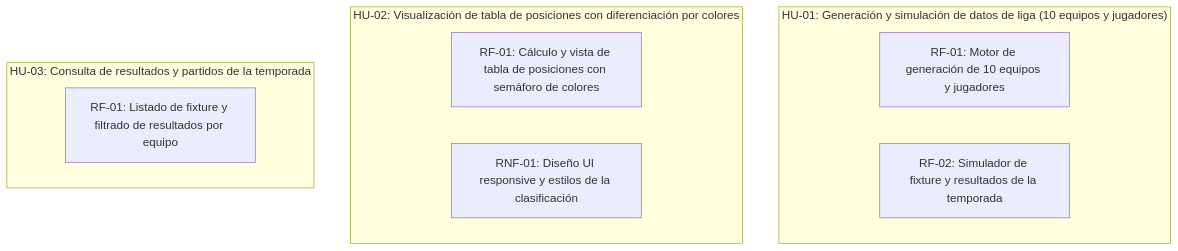
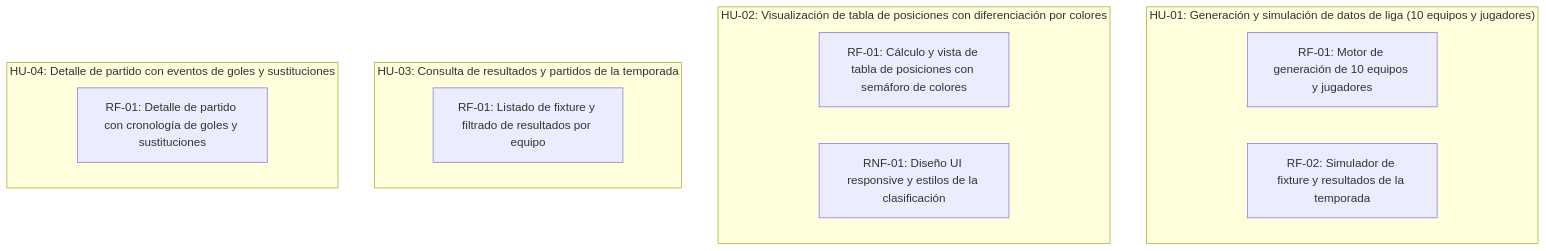
Before and after one commit to Agustin-PerezR/pruebas: the diagram in scrumDocs/grafo.md, drawn with Mermaid. The commit also changed other lines of this file, not shown here.

Commit message:
Auto-publish: actualiza scrumDocs/grafo.md

````diff
--- a/scrumDocs/grafo.md
+++ b/scrumDocs/grafo.md
@@ -5,14 +5,17 @@
 ```mermaid
 graph TD
   subgraph US_1789500774004["HU-01: Generación y simulación de datos de liga (10 equipos y jugadores)"]
     REQ_1789501307396["RF-01: Motor de generación de 10 equipos y jugadores"]
     REQ_1789501323521["RF-02: Simulador de fixture y resultados de la temporada"]
   end
   subgraph US_1789500801469["HU-02: Visualización de tabla de posiciones con diferenciación por colores"]
     REQ_1789501339015["RF-01: Cálculo y vista de tabla de posiciones con semáforo de colores"]
     REQ_1789501354292["RNF-01: Diseño UI responsive y estilos de la clasificación"]
   end
   subgraph US_1789500818362["HU-03: Consulta de resultados y partidos de la temporada"]
     REQ_1789501384835["RF-01: Listado de fixture y filtrado de resultados por equipo"]
   end
+  subgraph US_1789500834077["HU-04: Detalle de partido con eventos de goles y sustituciones"]
+    REQ_1789501399433["RF-01: Detalle de partido con cronología de goles y sustituciones"]
+  end
 ```
````
